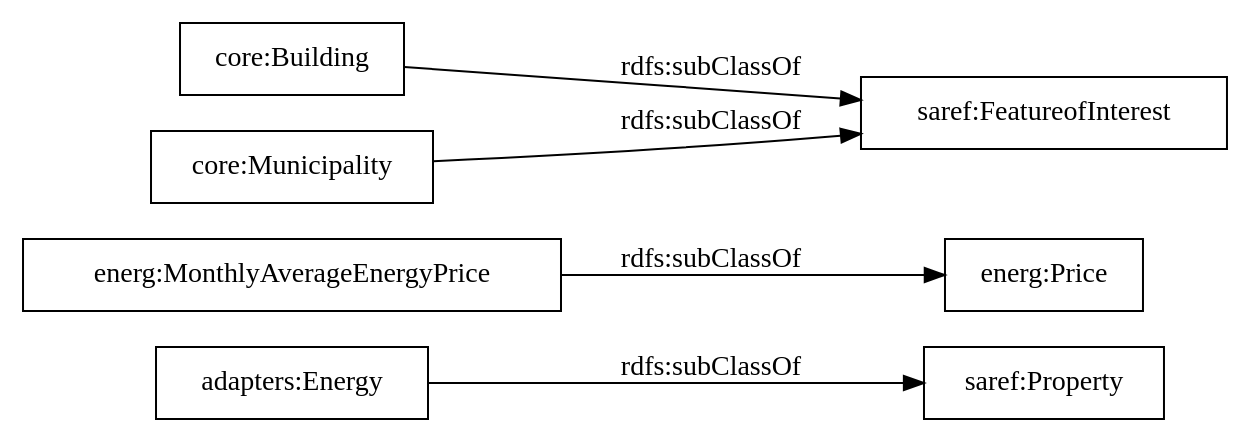
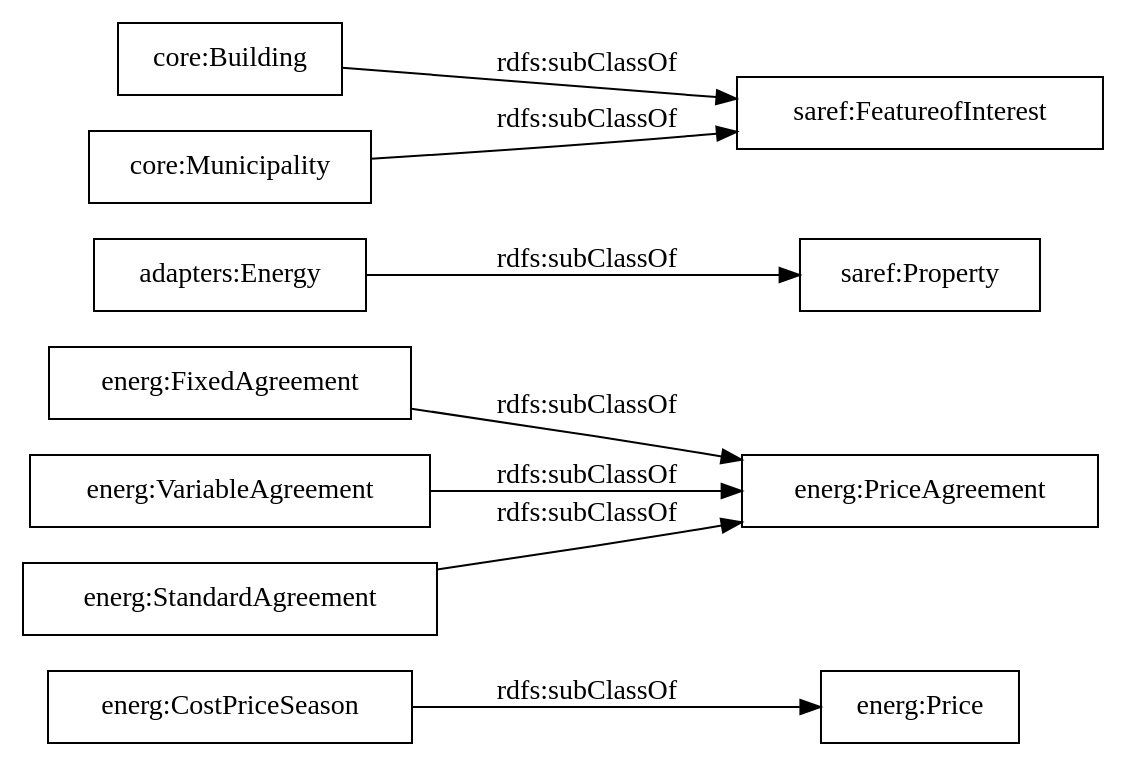
Before and after one commit to oeg-upm/auroral-energy-ontology: the diagram in OnToology/ontology/ontology.ttl/diagrams/ar2dtool-taxonomy/ontology.ttl.png.dot, drawn with Graphviz. The commit also changed 13 other files, not shown here.

```diff
--- a/OnToology/ontology/ontology.ttl/diagrams/ar2dtool-taxonomy/ontology.ttl.png.dot
+++ b/OnToology/ontology/ontology.ttl/diagrams/ar2dtool-taxonomy/ontology.ttl.png.dot
@@ -1,10 +1,13 @@
 digraph ar2dtool_diagram { 
 rankdir=LR;
 size="1000"
-node [shape = rectangle, color="black"]; "saref:Property" "energ:Price" "core:Building" "core:Municipality" "energ:MonthlyAverageEnergyPrice" "saref:FeatureofInterest" "adapters:Energy" ; /*classes style*/
-	"energ:MonthlyAverageEnergyPrice" -> "energ:Price" [ label = "rdfs:subClassOf" ];
+node [shape = rectangle, color="black"]; "energ:CostPriceSeason" "energ:FixedAgreement" "energ:PriceAgreement" "saref:Property" "energ:VariableAgreement" "energ:Price" "core:Building" "core:Municipality" "saref:FeatureofInterest" "adapters:Energy" "energ:StandardAgreement" ; /*classes style*/
 	"core:Building" -> "saref:FeatureofInterest" [ label = "rdfs:subClassOf" ];
+	"energ:FixedAgreement" -> "energ:PriceAgreement" [ label = "rdfs:subClassOf" ];
+	"energ:VariableAgreement" -> "energ:PriceAgreement" [ label = "rdfs:subClassOf" ];
+	"core:Municipality" -> "saref:FeatureofInterest" [ label = "rdfs:subClassOf" ];
+	"energ:StandardAgreement" -> "energ:PriceAgreement" [ label = "rdfs:subClassOf" ];
+	"energ:CostPriceSeason" -> "energ:Price" [ label = "rdfs:subClassOf" ];
 	"adapters:Energy" -> "saref:Property" [ label = "rdfs:subClassOf" ];
-	"core:Municipality" -> "saref:FeatureofInterest" [ label = "rdfs:subClassOf" ];
 
 }
```
